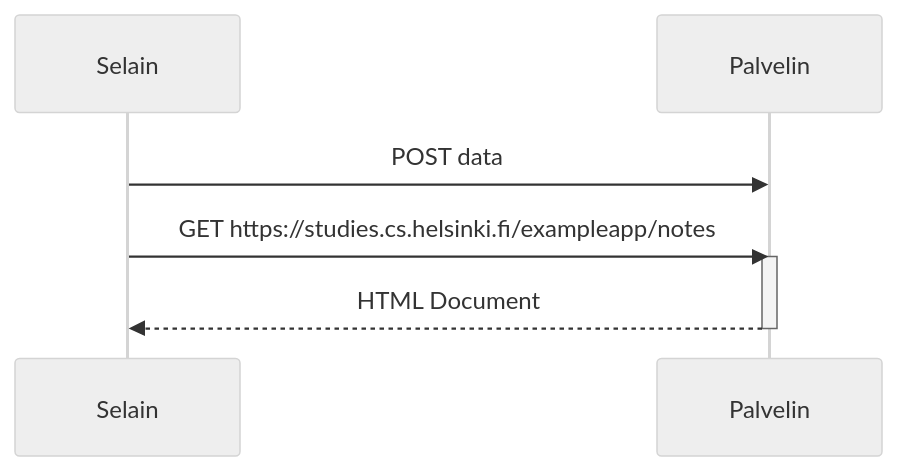
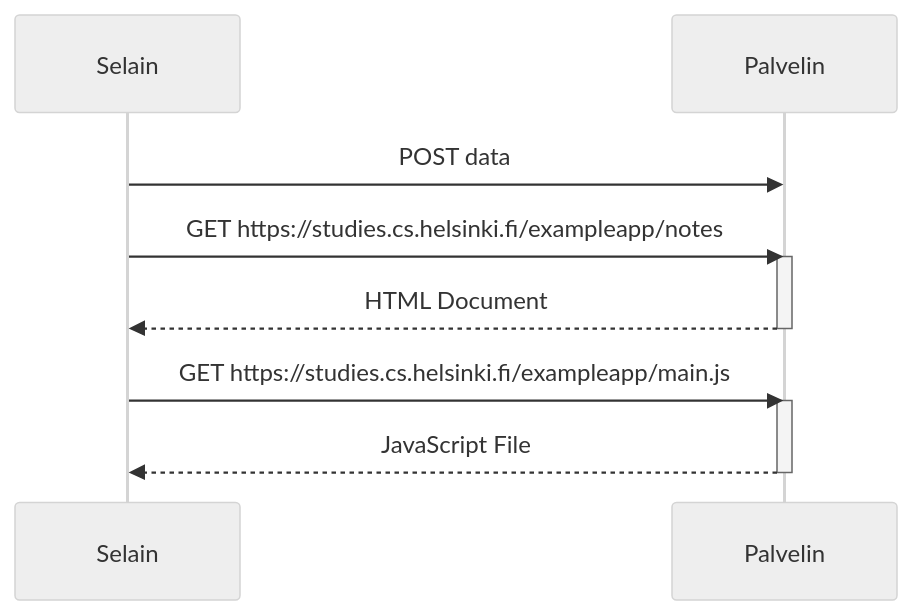
Before and after one commit to TeekkariTeemu/fullstack: the diagram in Osa0/04.md, drawn with Mermaid (neutral theme).

````diff
--- a/Osa0/04.md
+++ b/Osa0/04.md
@@ -1,10 +1,14 @@
 ```mermaid
 sequenceDiagram
     participant Selain
     participant Palvelin
     Selain->>Palvelin: POST data
     Selain->>Palvelin: GET https://studies.cs.helsinki.fi/exampleapp/notes
     activate Palvelin
     Palvelin-->>Selain: HTML Document
     deactivate Palvelin
+    Selain->>Palvelin: GET https://studies.cs.helsinki.fi/exampleapp/main.js
+    activate Palvelin
+    Palvelin-->>Selain: JavaScript File
+    deactivate Palvelin
 ```
````
